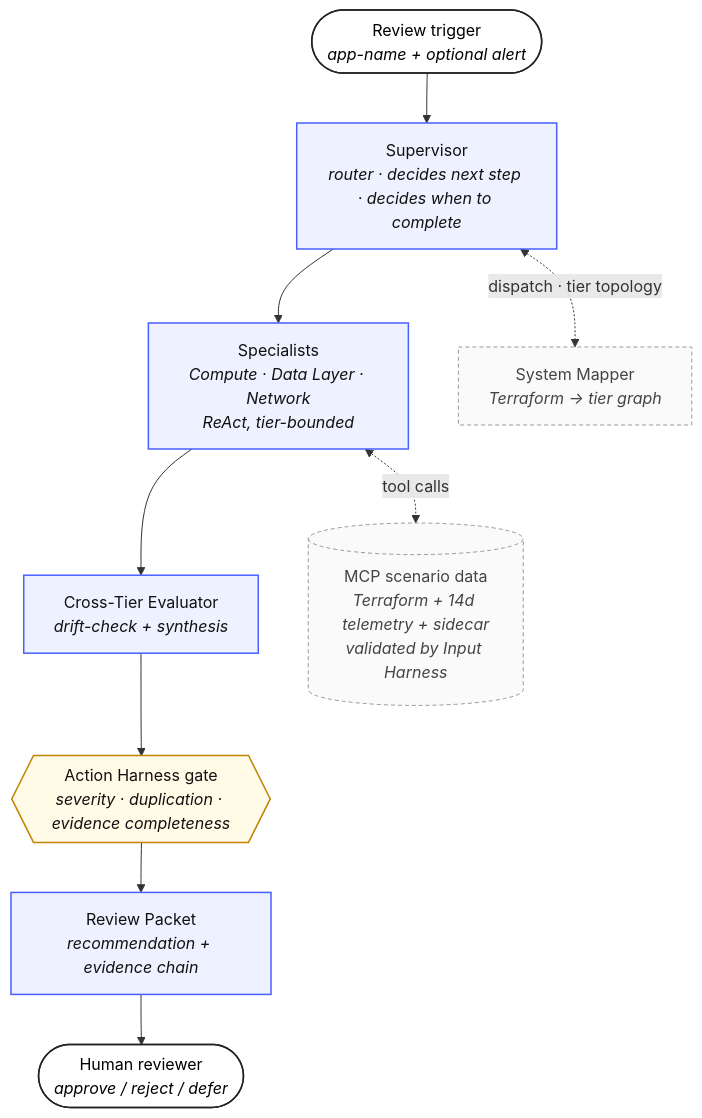
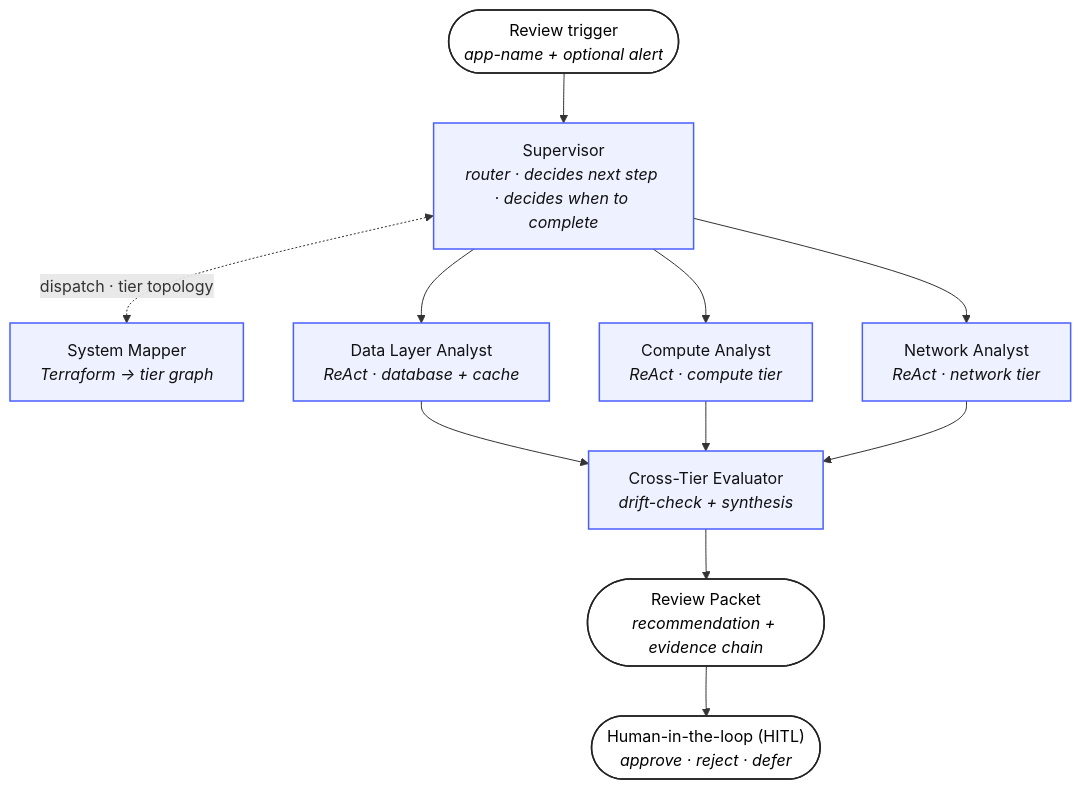
The first of 5 diagrams in ARCHITECTURE.md (ameau01/multi-agent-cloud-optimization-recommender), drawn with Mermaid before and after one commit. The commit also changed other lines of this file, not shown here.

Commit message:
Update mermaid graph

````diff
--- a/ARCHITECTURE.md
+++ b/ARCHITECTURE.md
@@ -29,36 +29,37 @@
 ```mermaid
 flowchart TB
     %% Centered main flow — the stages a cycle moves through
     TR([Review trigger<br/><i>app-name + optional alert</i>])
     SUP[Supervisor<br/><i>router · decides next step · decides when to complete</i>]
-    SPECS[Specialists<br/><i>Compute · Data Layer · Network</i><br/><i>ReAct, tier-bounded</i>]
+    SM[System Mapper<br/><i>Terraform → tier graph</i>]
+
+    %% Three tier-bounded specialists, dispatched in parallel
+    SP_C[Compute Analyst<br/><i>ReAct · compute tier</i>]
+    SP_D[Data Layer Analyst<br/><i>ReAct · database + cache</i>]
+    SP_N[Network Analyst<br/><i>ReAct · network tier</i>]
+
     EV[Cross-Tier Evaluator<br/><i>drift-check + synthesis</i>]
-    GATE{{Action Harness gate<br/><i>severity · duplication · evidence completeness</i>}}
-    RP[Review Packet<br/><i>recommendation + evidence chain</i>]
-    H([Human reviewer<br/><i>approve / reject / defer</i>])
+    RP(["Review Packet<br/><i>recommendation + evidence chain</i>"])
+    H(["Human-in-the-loop (HITL)<br/><i>approve · reject · defer</i>"])
 
-    %% Side branches — perpendicular to the main flow
-    SM[System Mapper<br/><i>Terraform → tier graph</i>]
-    TEL[(MCP scenario data<br/><i>Terraform + 14d telemetry + sidecar</i><br/><i>validated by Input Harness</i>)]
-
-    %% Main vertical sequence
+    %% Main vertical sequence — middle specialist declared first as parent
+    %% of EV so dagre places EV on the centerline.
     TR --> SUP
-    SUP --> SPECS
-    SPECS --> EV
-    EV --> GATE
-    GATE --> RP
+    SUP --> SP_D
+    SUP --> SP_C
+    SUP --> SP_N
+    SP_D --> EV
+    SP_C --> EV
+    SP_N --> EV
+    EV --> RP
     RP --> H
 
-    %% Perpendicular branches (one edge each, no clutter)
+    %% Perpendicular interaction — System Mapper is a worker the Supervisor
+    %% dispatches once per cycle to map the application's tier graph.
     SUP <-. dispatch · tier topology .-> SM
-    SPECS <-. tool calls .-> TEL
 
     classDef center fill:#eef1ff,stroke:#4a5fff,stroke-width:1.5px,color:#111
-    classDef side fill:#fafafa,stroke:#999,stroke-dasharray:4 3,color:#444
     classDef terminus fill:#fff,stroke:#222,stroke-width:1.5px,color:#000
-    classDef gate fill:#fffbe6,stroke:#c08400,stroke-width:1.5px,color:#111
-    class SUP,SPECS,EV,RP center
-    class SM,TEL side
-    class GATE gate
-    class TR,H terminus
+    class SUP,SP_C,SP_D,SP_N,EV,SM center
+    class TR,RP,H terminus
 ```
````
